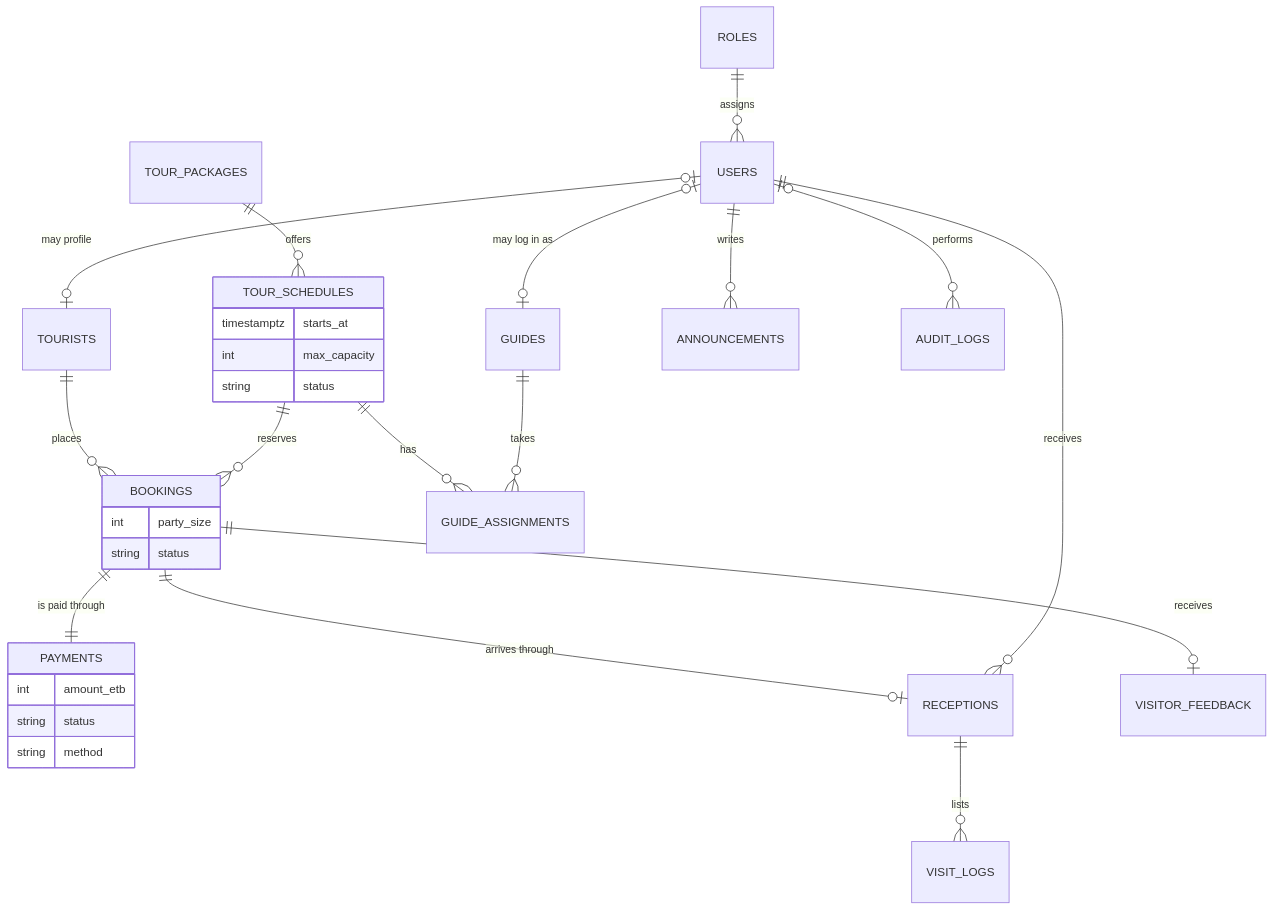
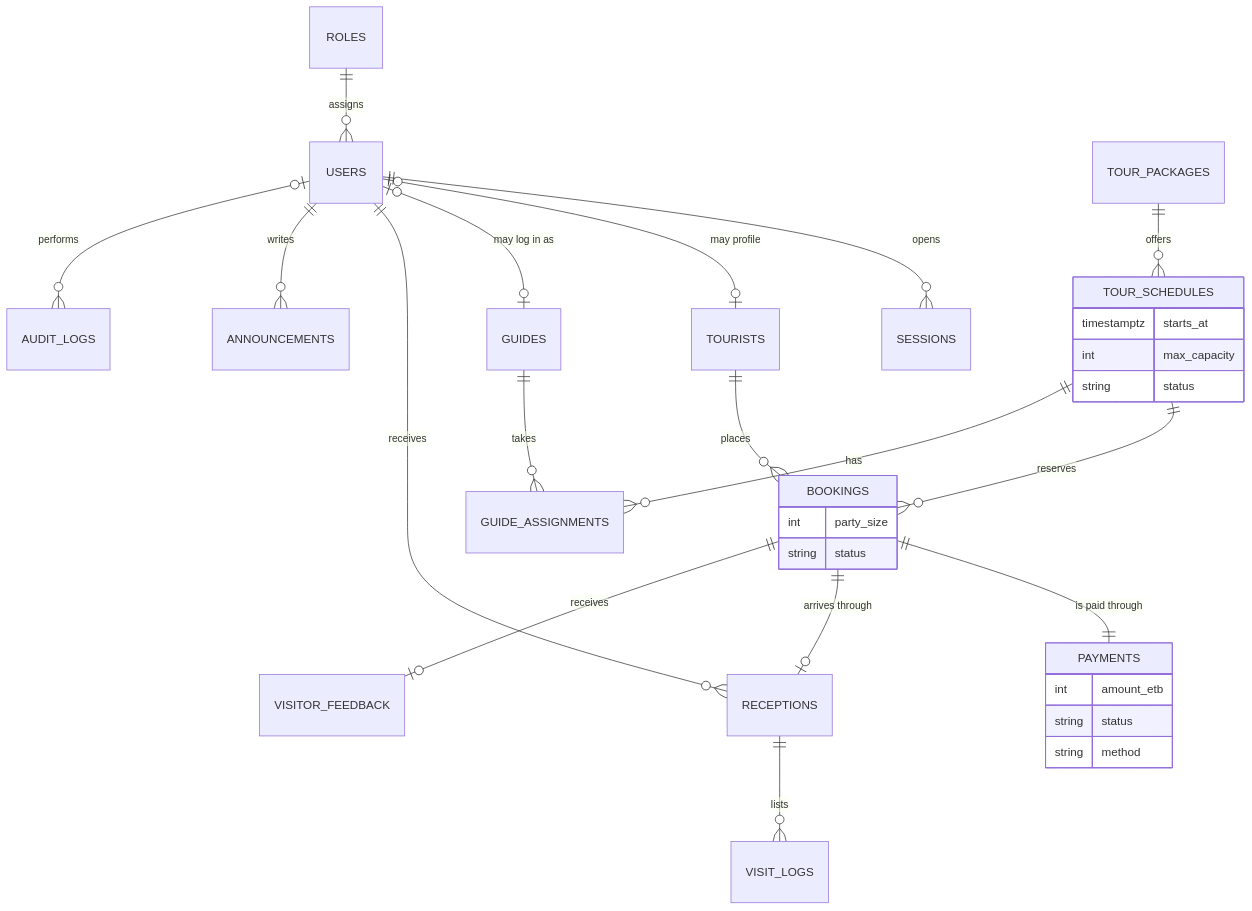
One commit to nugusamulatu67-ux/abba-jifar-palace changed the diagram in docs/DATABASE_DESIGN.md. Above: the diagram before and after it, drawn with Mermaid. The commit also changed other lines of this file and 43 other files, not shown here.

````diff
--- a/docs/DATABASE_DESIGN.md
+++ b/docs/DATABASE_DESIGN.md
@@ -48,35 +50,36 @@
 ```mermaid
 erDiagram
   ROLES ||--o{ USERS : assigns
+  USERS ||--o{ SESSIONS : opens
   USERS |o--o| TOURISTS : "may profile"
   TOURISTS ||--o{ BOOKINGS : places
   TOUR_PACKAGES ||--o{ TOUR_SCHEDULES : offers
   TOUR_SCHEDULES ||--o{ BOOKINGS : reserves
   BOOKINGS ||--|| PAYMENTS : "is paid through"
   TOUR_SCHEDULES ||--o{ GUIDE_ASSIGNMENTS : has
   GUIDES ||--o{ GUIDE_ASSIGNMENTS : takes
   USERS |o--o| GUIDES : "may log in as"
   BOOKINGS ||--o| RECEPTIONS : "arrives through"
   USERS ||--o{ RECEPTIONS : receives
   RECEPTIONS ||--o{ VISIT_LOGS : lists
   BOOKINGS ||--o| VISITOR_FEEDBACK : receives
   USERS ||--o{ ANNOUNCEMENTS : writes
   USERS |o--o{ AUDIT_LOGS : performs
 
   TOUR_SCHEDULES {
     timestamptz starts_at
     int max_capacity
     string status
   }
 
   BOOKINGS {
     int party_size
     string status
   }
 
   PAYMENTS {
     int amount_etb
     string status
     string method
   }
 ```
````
